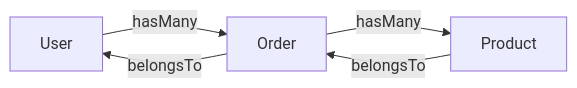
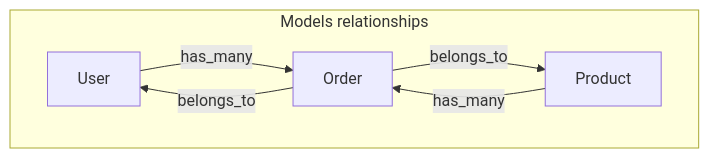
Before and after one commit to enogrob/order_normalizer_api: the second of 4 diagrams in README.md, drawn with Mermaid. The commit also changed other lines of this file, not shown here.

````diff
--- a/README.md
+++ b/README.md
@@ -56,7 +56,13 @@
 ```mermaid
-graph LR
-    C[User] -->|hasMany| D[Order]
-    D -->|hasMany| E[Product]
-    D -->|belongsTo| C
-    E -->|belongsTo| D
+graph TD
+    subgraph Models relationships
+      A[User]
+      B[Order]
+      C[Product]
+      
+      A -->|has_many| B
+      B --> |belongs_to| A
+      B --> |belongs_to| C
+      C -->|has_many| B
+    end
 ```
````
